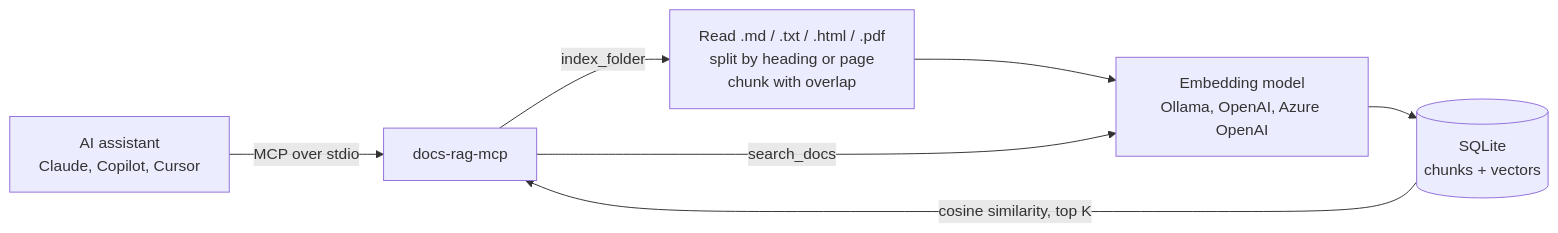
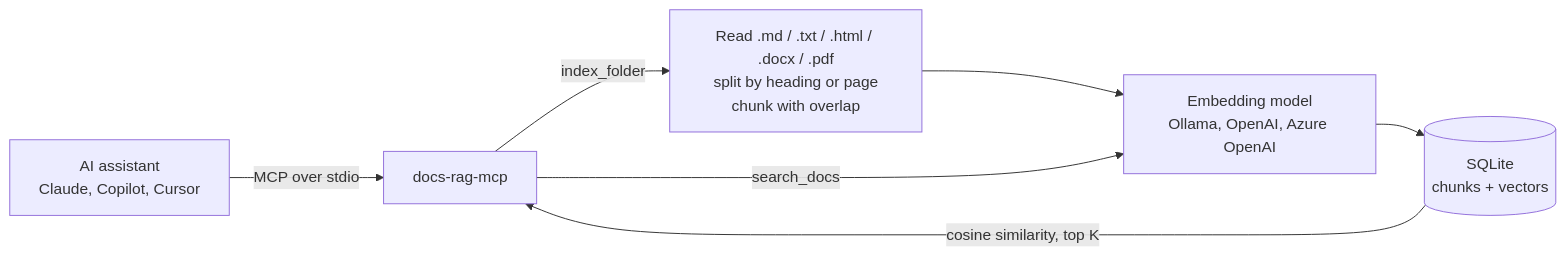
The diagram in README.md (Ahmed-Manai/docs-rag-mcp), drawn with Mermaid before and after one commit. The commit also changed other lines of this file and 9 other files, not shown here.

````diff
--- a/README.md
+++ b/README.md
@@ -52,9 +53,9 @@
 ```mermaid
 flowchart LR
     A[AI assistant<br/>Claude, Copilot, Cursor] -- MCP over stdio --> B[docs-rag-mcp]
-    B -- index_folder --> C[Read .md / .txt / .html / .pdf<br/>split by heading or page<br/>chunk with overlap]
+    B -- index_folder --> C[Read .md / .txt / .html / .docx / .pdf<br/>split by heading or page<br/>chunk with overlap]
     C --> D[Embedding model<br/>Ollama, OpenAI, Azure OpenAI]
     D --> E[(SQLite<br/>chunks + vectors)]
     B -- search_docs --> D
     E -- cosine similarity, top K --> B
 ```
````
